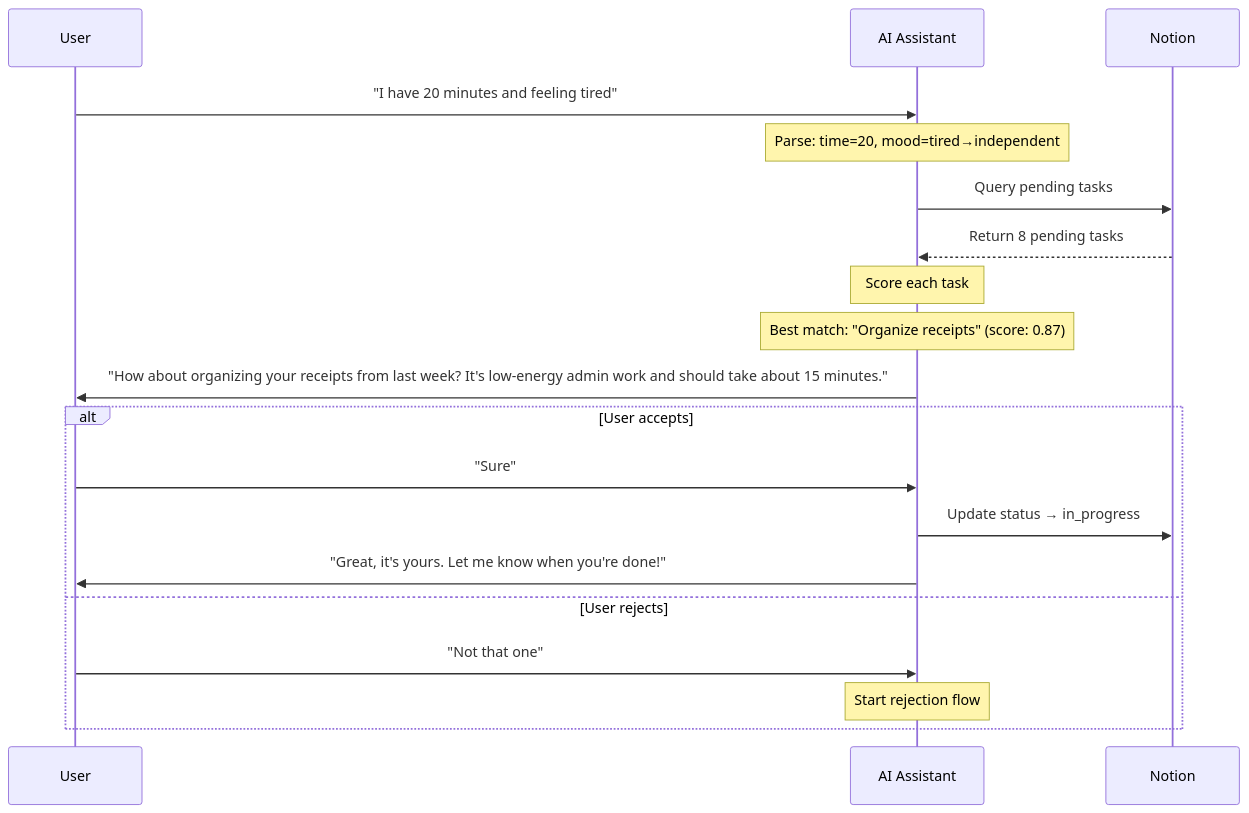
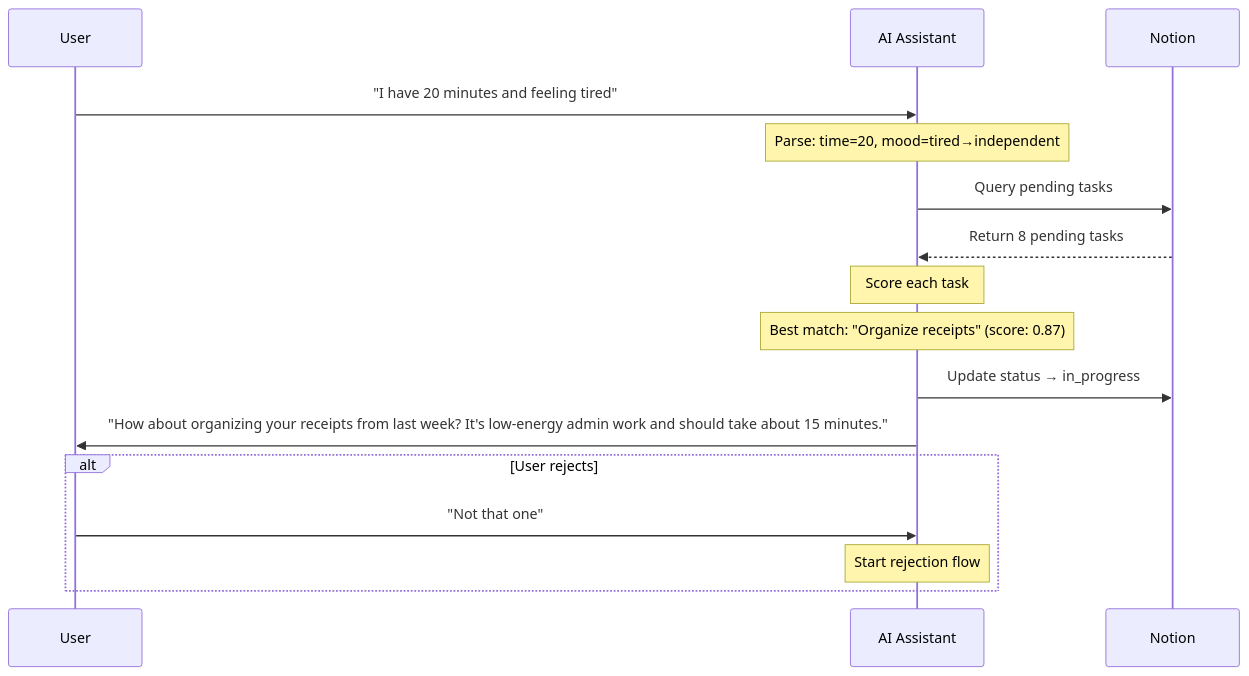
One commit to NickBorgersProbably/hide-my-list changed the fifth of 28 diagrams in docs/user-interactions.md. Above: the diagram before and after it, drawn with Mermaid. The commit also changed other lines of this file and 16 other files, not shown here.

````diff
--- a/docs/user-interactions.md
+++ b/docs/user-interactions.md
@@ -149,27 +149,24 @@
 ```mermaid
 sequenceDiagram
     participant U as User
     participant AI as AI Assistant
     participant N as Notion
 
     U->>AI: "I have 20 minutes and feeling tired"
 
     Note over AI: Parse: time=20, mood=tired→independent
 
     AI->>N: Query pending tasks
     N-->>AI: Return 8 pending tasks
 
     Note over AI: Score each task
     Note over AI: Best match: "Organize receipts" (score: 0.87)
 
+    AI->>N: Update status → in_progress
     AI->>U: "How about organizing your receipts from last week? It's low-energy admin work and should take about 15 minutes."
 
-    alt User accepts
-        U->>AI: "Sure"
-        AI->>N: Update status → in_progress
-        AI->>U: "Great, it's yours. Let me know when you're done!"
-    else User rejects
+    alt User rejects
         U->>AI: "Not that one"
         Note over AI: Start rejection flow
     end
 ```
````
